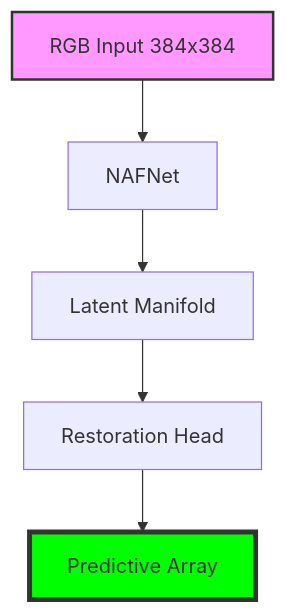
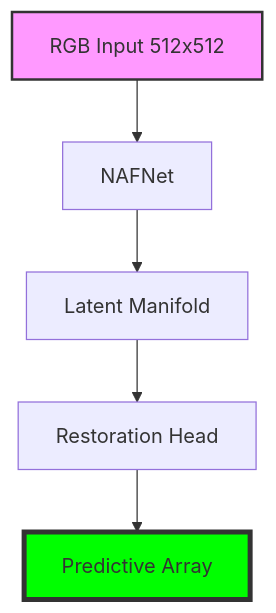
The diagram in nafnet_debluring/README.md (lemgenda/lemgendary-pretrained-models), drawn with Mermaid before and after one commit. The commit also changed other lines of this file and 5 other files, not shown here.

````diff
--- a/nafnet_debluring/README.md
+++ b/nafnet_debluring/README.md
@@ -17,10 +17,10 @@
 ```mermaid
 graph TD
-    Input[RGB Input 384x384] --> Backbone[NAFNet]
+    Input[RGB Input 512x512] --> Backbone[NAFNet]
     Backbone --> Manifold[Latent Manifold]
     Manifold --> Head[Restoration Head]
     Head --> Output[Predictive Array]
     
     style Input fill:#f9f,stroke:#333,stroke-width:2px
     style Output fill:#00ff00,stroke:#333,stroke-width:4px
 ```
````
